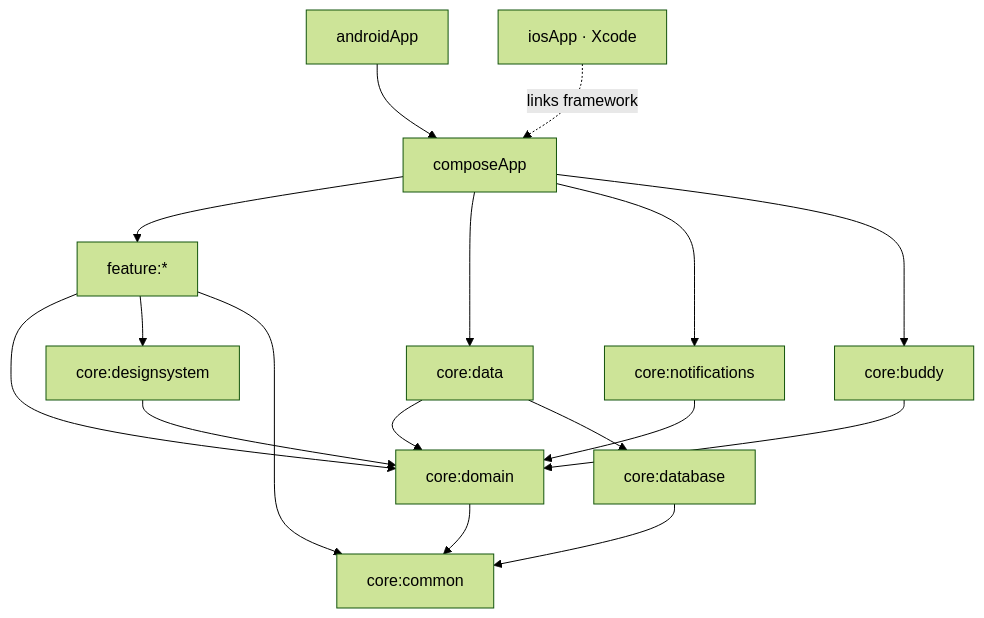
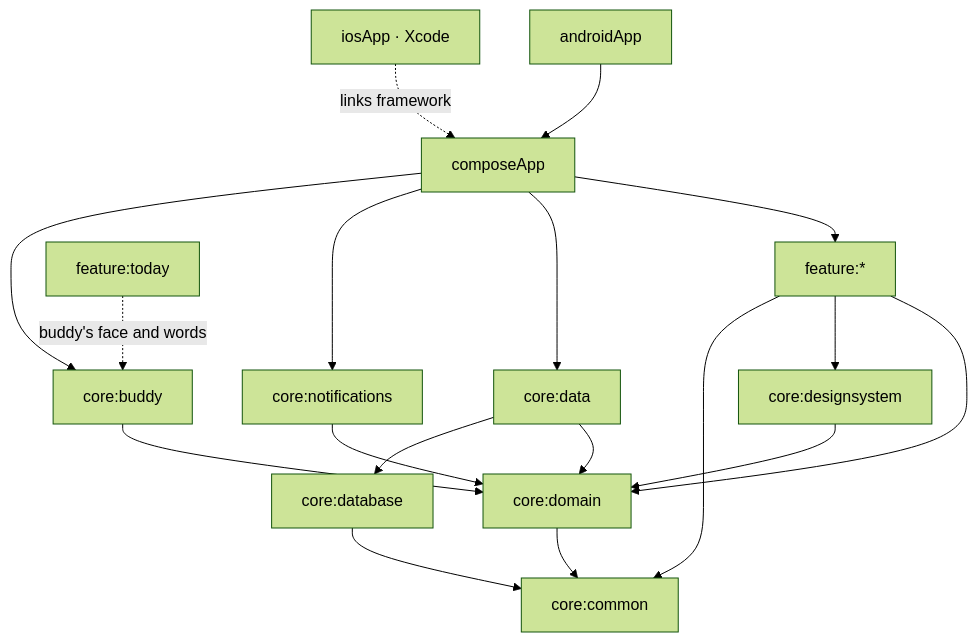
One commit to Meko123456/DayBlocks changed the diagram in README.md. Above: the diagram before and after it, drawn with Mermaid (forest theme). The commit also changed other lines of this file, not shown here.

Commit message:
README: the buddy engine and Kubi, and step 7 done

````diff
--- a/README.md
+++ b/README.md
@@ -49,22 +49,23 @@
 ```mermaid
 graph TD
     androidApp --> composeApp
     iosApp[iosApp · Xcode] -.links framework.-> composeApp
 
     composeApp --> F[feature:*]
     composeApp --> data[core:data]
     composeApp --> notifications[core:notifications]
     composeApp --> buddy[core:buddy]
 
     F --> domain[core:domain]
     F --> designsystem[core:designsystem]
     F --> common[core:common]
+    today[feature:today] -.buddy's face and words.-> buddy
 
     data --> domain
     data --> database[core:database]
     notifications --> domain
     buddy --> domain
     designsystem --> domain
     domain --> common
     database --> common
 ```
````
